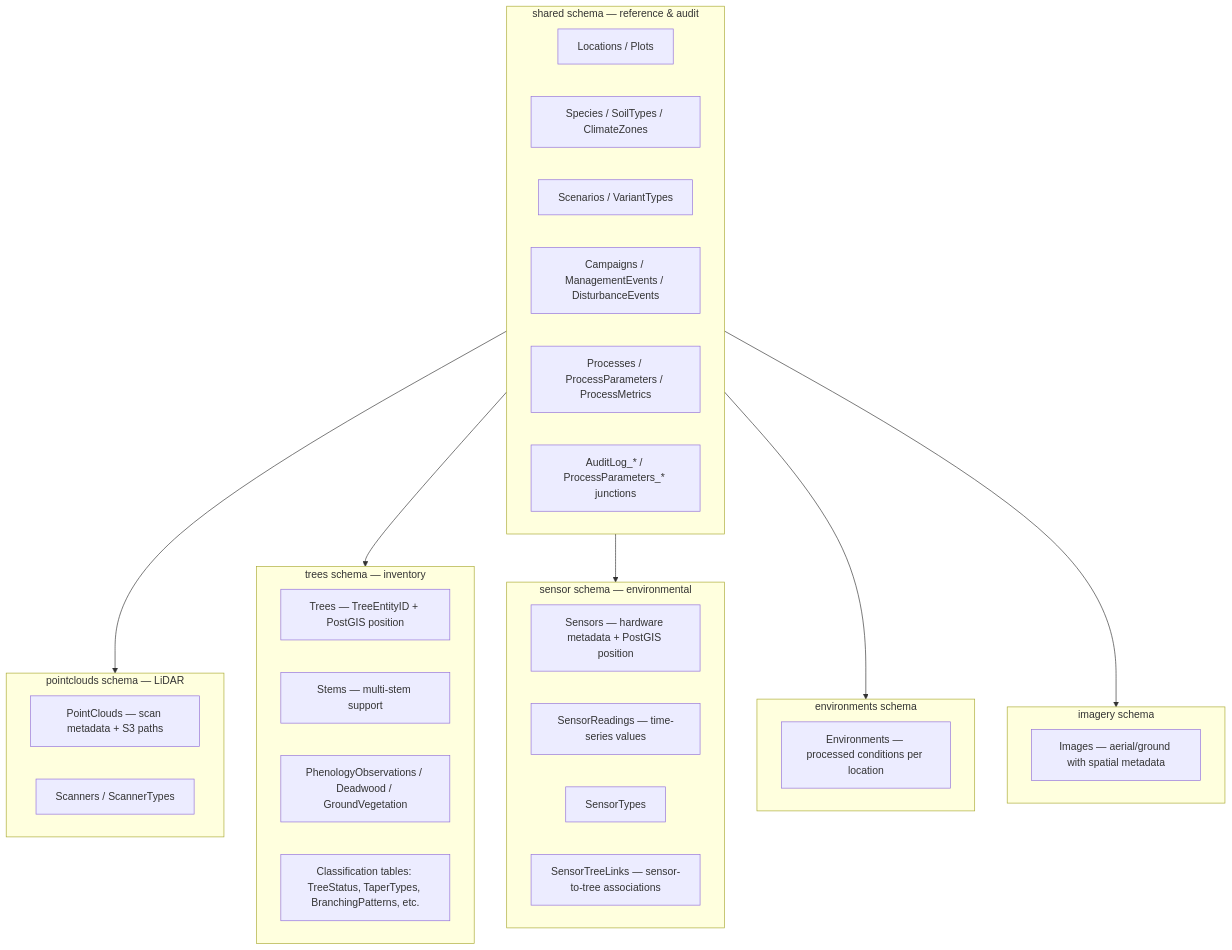
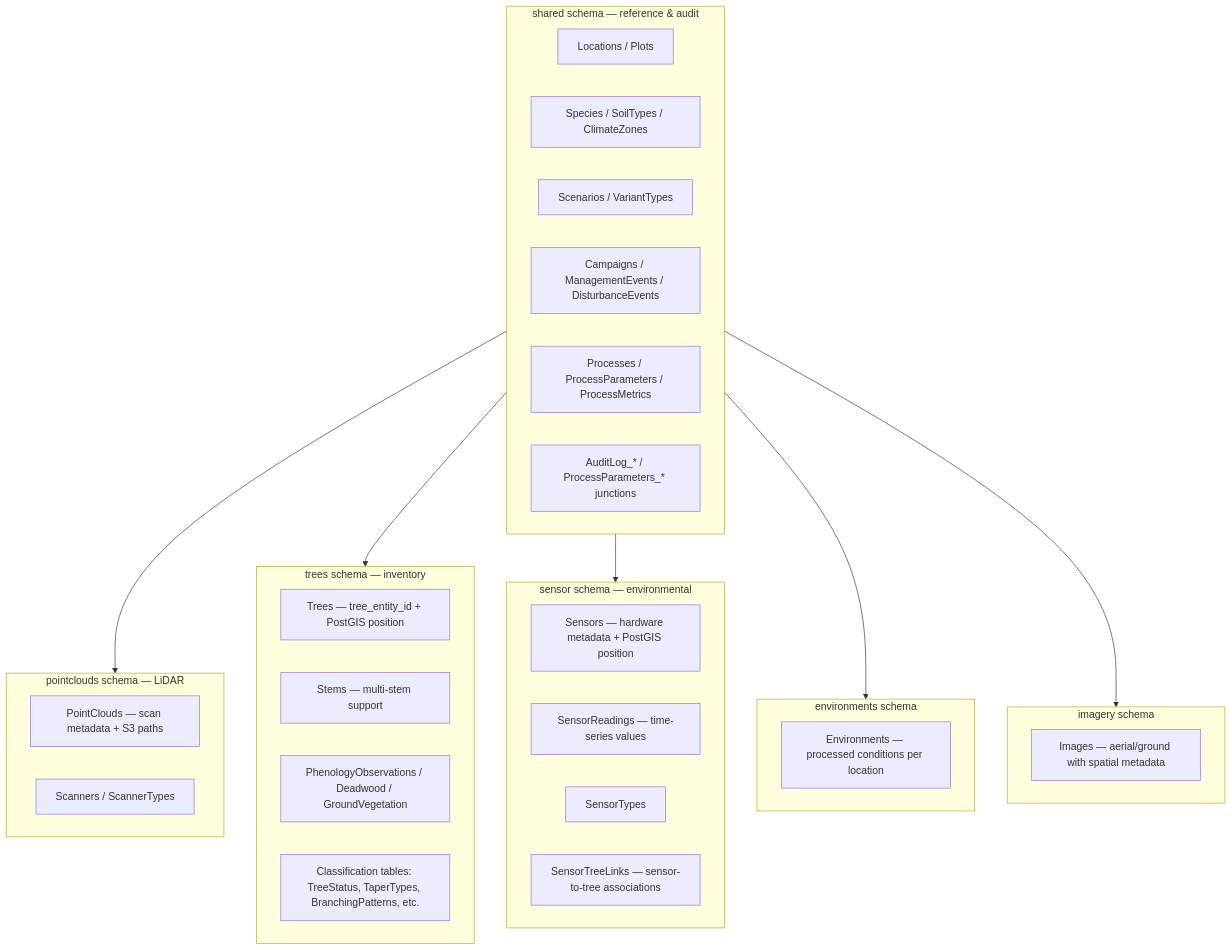
One commit to XRFutureForests/digital-twin-db changed the fifth of 8 diagrams in docs/architecture.md. Above: the diagram before and after it, drawn with Mermaid. The commit also changed other lines of this file and 11 other files, not shown here.

First line of the commit message:
docs: snake_case column names in examples and schema references

````diff
--- a/docs/architecture.md
+++ b/docs/architecture.md
@@ -249,44 +249,44 @@
 ```mermaid
 graph TD
     subgraph shared["shared schema — reference & audit"]
         S1[Locations / Plots]
         S2[Species / SoilTypes / ClimateZones]
         S3[Scenarios / VariantTypes]
         S4[Campaigns / ManagementEvents / DisturbanceEvents]
         S5[Processes / ProcessParameters / ProcessMetrics]
         S6[AuditLog_* / ProcessParameters_* junctions]
     end
 
     subgraph pointclouds["pointclouds schema — LiDAR"]
         PC1[PointClouds — scan metadata + S3 paths]
         PC2[Scanners / ScannerTypes]
     end
 
     subgraph trees["trees schema — inventory"]
-        T1[Trees — TreeEntityID + PostGIS position]
+        T1[Trees — tree_entity_id + PostGIS position]
         T2[Stems — multi-stem support]
         T3[PhenologyObservations / Deadwood / GroundVegetation]
         T4[Classification tables: TreeStatus, TaperTypes, BranchingPatterns, etc.]
     end
 
     subgraph sensor["sensor schema — environmental"]
         SE1[Sensors — hardware metadata + PostGIS position]
         SE2[SensorReadings — time-series values]
         SE3[SensorTypes]
         SE4[SensorTreeLinks — sensor-to-tree associations]
     end
 
     subgraph environments["environments schema"]
         E1[Environments — processed conditions per location]
     end
 
     subgraph imagery["imagery schema"]
         I1[Images — aerial/ground with spatial metadata]
     end
 
     shared --> pointclouds
     shared --> trees
     shared --> sensor
     shared --> environments
     shared --> imagery
 ```
````
